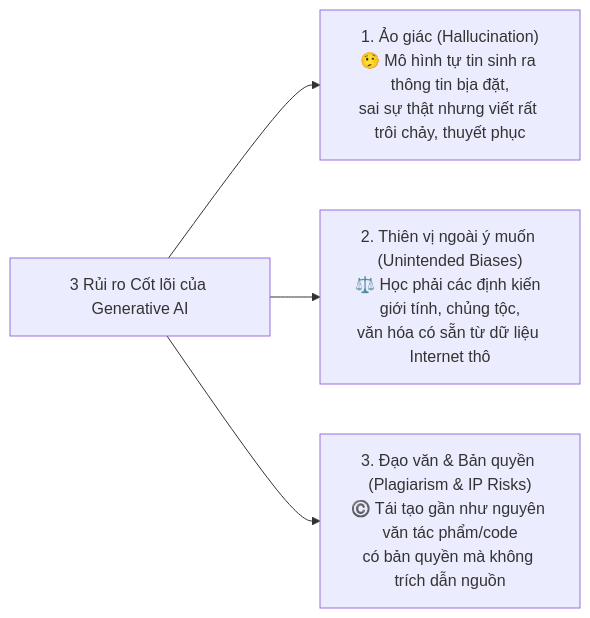
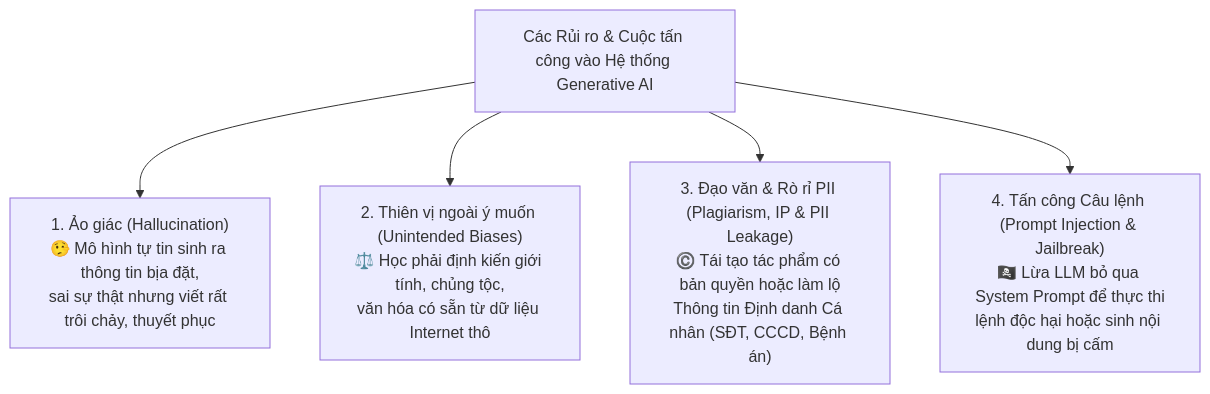
One commit to nxthanh2904/nca-genl changed the first of 4 diagrams in Module_09_Ethical_AI.md. Above: the diagram before and after it, drawn with Mermaid. The commit also changed other lines of this file and 3 other files, not shown here.

````diff
--- a/Module_09_Ethical_AI.md
+++ b/Module_09_Ethical_AI.md
@@ -13,10 +13,11 @@
 ```mermaid
-flowchart LR
-    Risks["3 Rủi ro Cốt lõi của Generative AI"]
+flowchart TD
+    Risks["Các Rủi ro & Cuộc tấn công vào Hệ thống Generative AI"]
     
     R1["1. Ảo giác (Hallucination)<br/>🤥 Mô hình tự tin sinh ra thông tin bịa đặt,<br/>sai sự thật nhưng viết rất trôi chảy, thuyết phục"]
-    R2["2. Thiên vị ngoài ý muốn (Unintended Biases)<br/>⚖️ Học phải các định kiến giới tính, chủng tộc,<br/>văn hóa có sẵn từ dữ liệu Internet thô"]
-    R3["3. Đạo văn & Bản quyền (Plagiarism & IP Risks)<br/>©️ Tái tạo gần như nguyên văn tác phẩm/code<br/>có bản quyền mà không trích dẫn nguồn"]
+    R2["2. Thiên vị ngoài ý muốn (Unintended Biases)<br/>⚖️ Học phải định kiến giới tính, chủng tộc,<br/>văn hóa có sẵn từ dữ liệu Internet thô"]
+    R3["3. Đạo văn & Rò rỉ PII (Plagiarism, IP & PII Leakage)<br/>©️ Tái tạo tác phẩm có bản quyền hoặc làm lộ<br/>Thông tin Định danh Cá nhân (SĐT, CCCD, Bệnh án)"]
+    R4["4. Tấn công Câu lệnh (Prompt Injection & Jailbreak)<br/>🏴‍☠️ Lừa LLM bỏ qua System Prompt để thực thi<br/>lệnh độc hại hoặc sinh nội dung bị cấm"]
 
-    Risks --> R1 & R2 & R3
+    Risks --> R1 & R2 & R3 & R4
 ```
````
